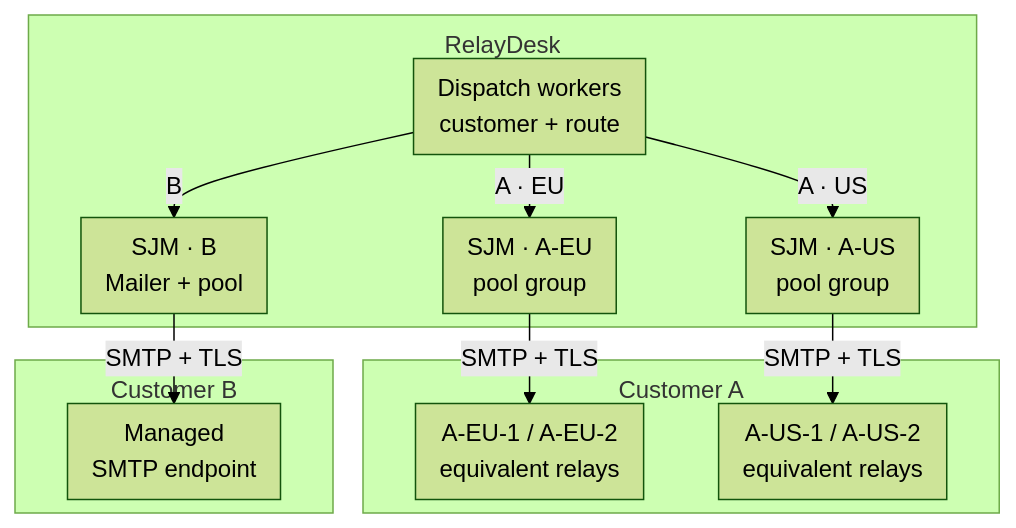
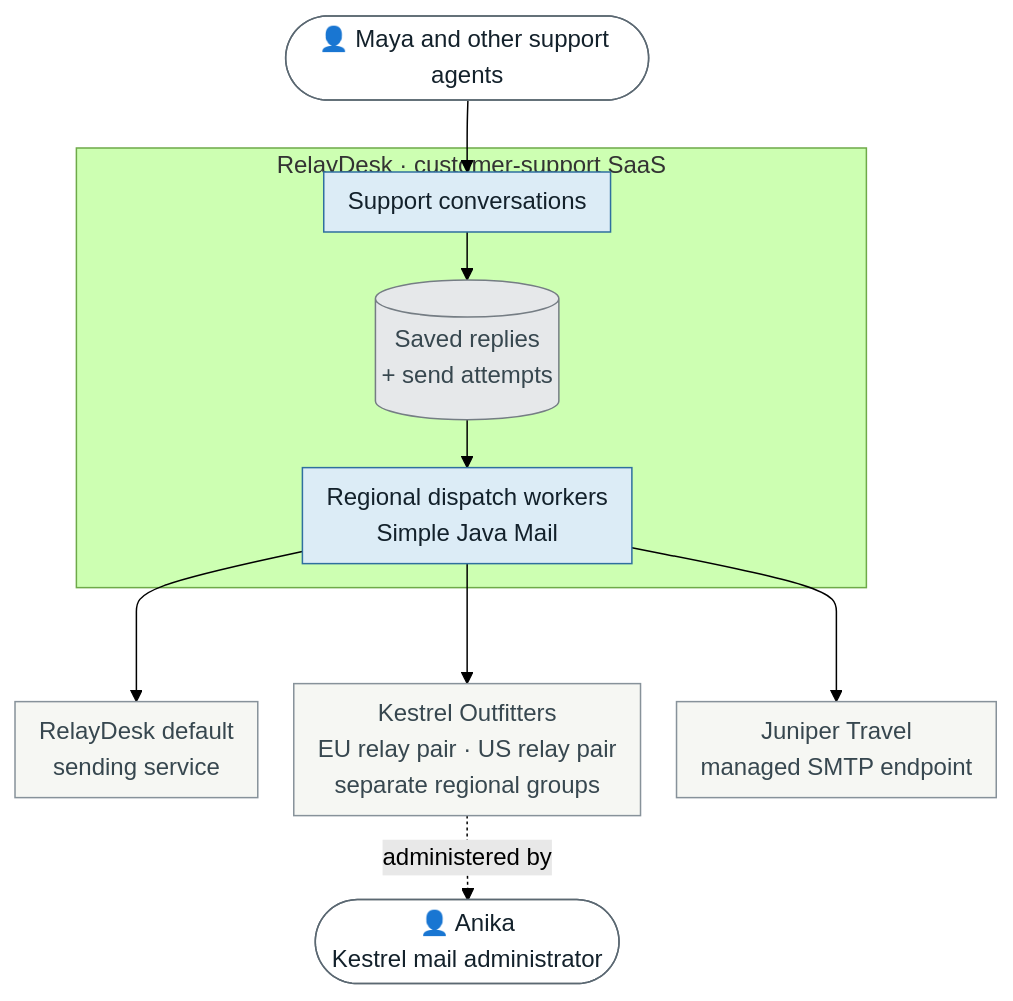
One commit to simple-java-mail/simplejavamail.org changed the first of 3 diagrams in src/journal/2026-09-12-everybody-brought-their-own-mail-server.md. Above: the diagram before and after it, drawn with Mermaid (forest theme). The commit also changed other lines of this file and 17 other files, not shown here.

````diff
--- a/src/journal/2026-09-12-everybody-brought-their-own-mail-server.md
+++ b/src/journal/2026-09-12-everybody-brought-their-own-mail-server.md
@@ -43,30 +41,35 @@
 ```mermaid
-%%{init: { "flowchart": { "subGraphTitleMargin": { "top": 8, "bottom": 12 }, "padding": 8, "rankSpacing": 18 } } }%%
+%% journal: compact
+%%{init: { "flowchart": { "padding": 8, "wrappingWidth": 220, "nodeSpacing": 24, "rankSpacing": 32 } } }%%
 flowchart TB
-    accTitle: RelayDesk customer-specific SMTP topology
-    accDescr: RelayDesk's application dispatcher selects an authorized customer and regional route. Separate Simple Java Mail groups serve Customer A's European relay pair, Customer A's American relay pair, and Customer B's managed endpoint. Only relays within an approved pair are interchangeable. Customers operate their own mail services; there are no fallback connections between routes.
+    accTitle: RelayDesk uses the sending service approved by each customer
+    accDescr: Support agents use RelayDesk to save replies. Regional dispatch workers use Simple Java Mail either through RelayDesk's default sending service or through customer-approved mail services. Kestrel has separate European and North American relay pairs; Juniper has one managed endpoint. Anika administers Kestrel's relays, not RelayDesk's workers. The diagram groups deployments logically, not into a cross-region pool.
 
-    subgraph relaydesk["RelayDesk"]
-        dispatcher["Dispatch workers<br/>customer + route"]
-        eu["SJM · A-EU<br/>pool group"]
-        us["SJM · A-US<br/>pool group"]
-        managed["SJM · B<br/>Mailer + pool"]
+    agents(["👤 Maya and other support agents"])
+    subgraph relaydesk["RelayDesk · customer-support SaaS"]
+        portal["Support conversations"]
+        store[("Saved replies<br/>+ send attempts")]
+        workers["Regional dispatch workers<br/>Simple Java Mail"]
+        portal --> store
+        store --> workers
+    end
+    agents --> portal
 
-        dispatcher -->|A · EU| eu
-        dispatcher -->|A · US| us
-        dispatcher -->|B| managed
-    end
+    defaultMail["RelayDesk default<br/>sending service"]
+    kestrel["Kestrel Outfitters<br/>EU relay pair · US relay pair<br/>separate regional groups"]
+    juniper["Juniper Travel<br/>managed SMTP endpoint"]
+    workers ---> defaultMail
+    workers ---> kestrel
+    workers ---> juniper
+    anika(["👤 Anika<br/>Kestrel mail administrator"])
+    kestrel -.->|administered by| anika
 
-    subgraph customerA["Customer A"]
-        euRelays["A-EU-1 / A-EU-2<br/>equivalent relays"]
-        usRelays["A-US-1 / A-US-2<br/>equivalent relays"]
-    end
-
-    subgraph customerB["Customer B"]
-        endpoint["Managed<br/>SMTP endpoint"]
-    end
-
-    eu -->|SMTP + TLS| euRelays
-    us -->|SMTP + TLS| usRelays
-    managed -->|SMTP + TLS| endpoint
+    classDef person fill:#FFFFFF,stroke:#5B6872,color:#13212B
+    classDef component fill:#DCECF6,stroke:#2F6F9F,color:#13212B
+    classDef storage fill:#E6E8EA,stroke:#757D84,color:#37474F
+    classDef external fill:#F6F7F3,stroke:#87929A,color:#37474F
+    class agents,anika person
+    class portal,workers component
+    class store storage
+    class defaultMail,kestrel,juniper external
 ```
````
